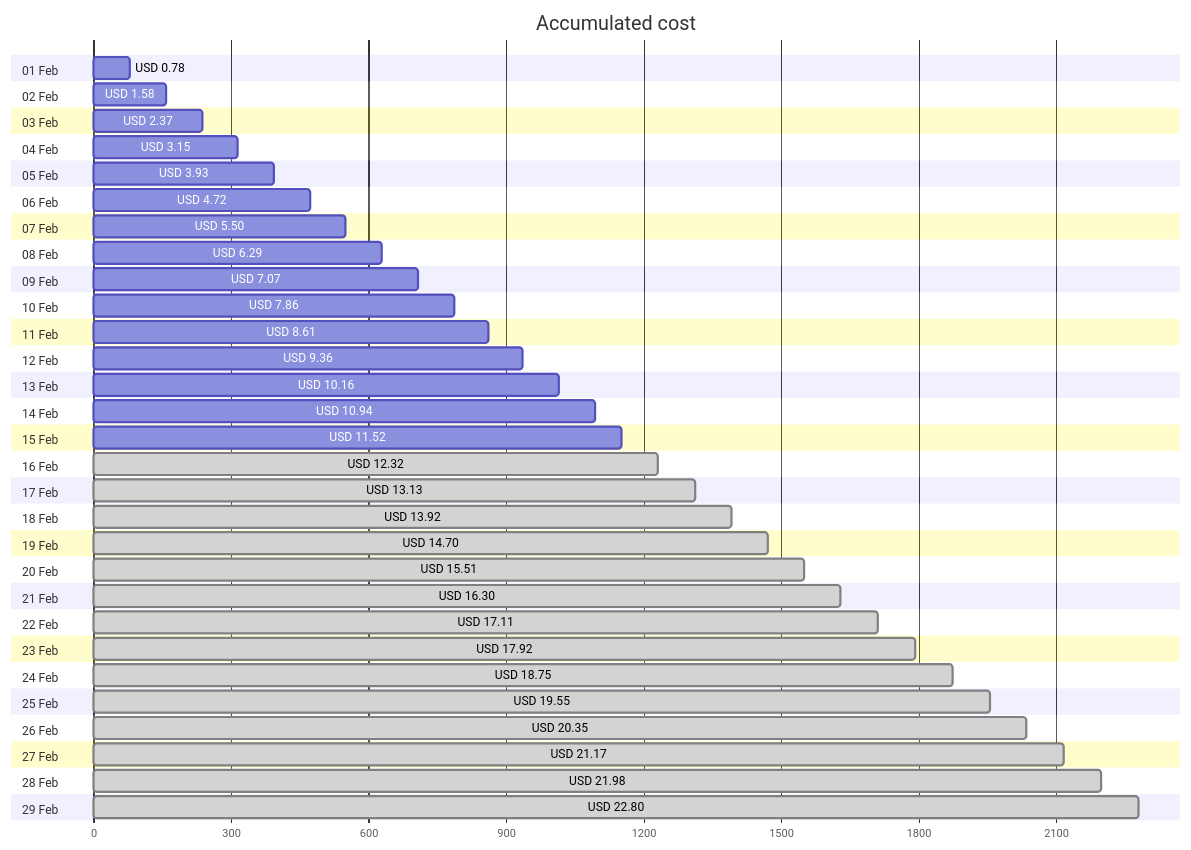
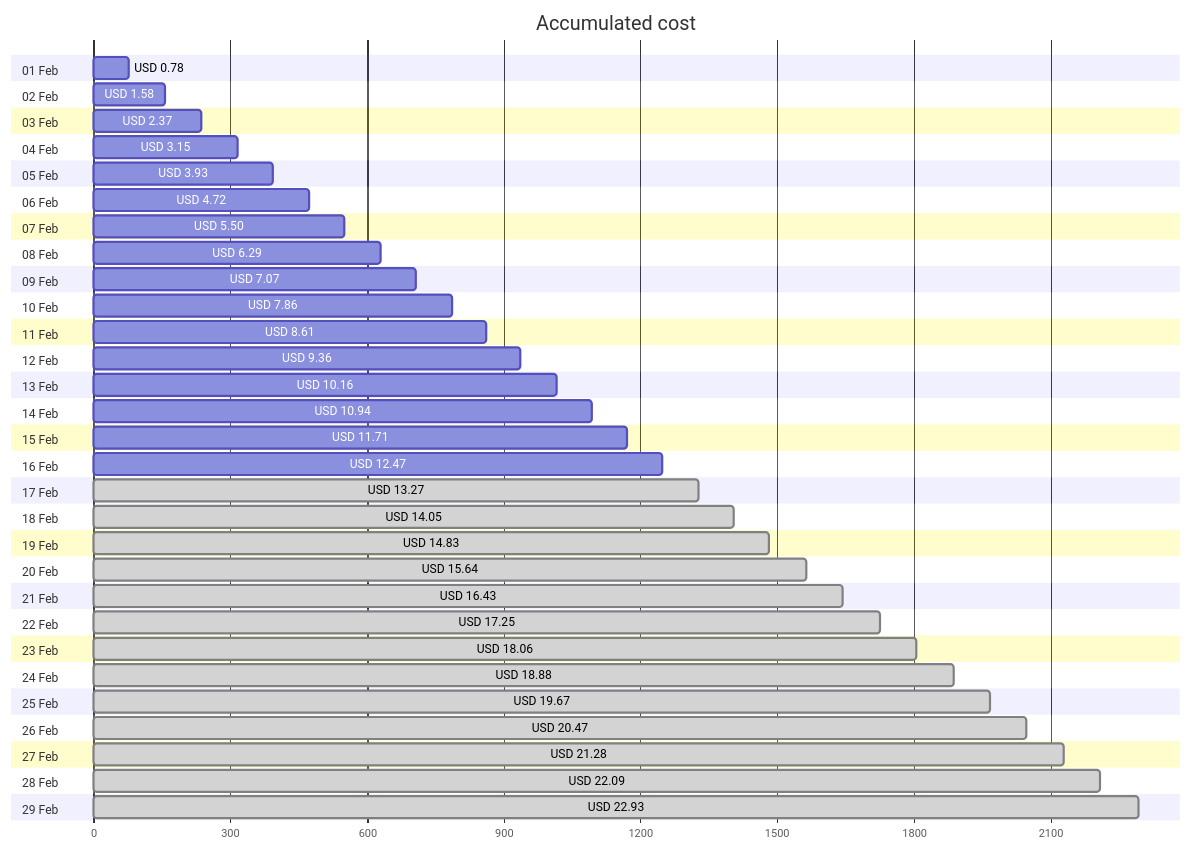
One commit to jpfulton/azure-personal-reports changed the first of 4 diagrams in cost-reports/personal-network/backup-server-data-disk.md. Above: the diagram before and after it, drawn with Mermaid. The commit also changed other lines of this file and 8 other files, not shown here.

````diff
--- a/cost-reports/personal-network/backup-server-data-disk.md
+++ b/cost-reports/personal-network/backup-server-data-disk.md
@@ -20,64 +20,64 @@
 ```mermaid
 gantt
    title Accumulated cost
    dateFormat  X
    axisFormat %s
    section 01 Feb
    USD 0.78 :0, 78
    section 02 Feb
    USD 1.58 :0, 158
    section 03 Feb
    USD 2.37 :0, 237
    section 04 Feb
    USD 3.15 :0, 315
    section 05 Feb
    USD 3.93 :0, 393
    section 06 Feb
    USD 4.72 :0, 472
    section 07 Feb
    USD 5.50 :0, 550
    section 08 Feb
    USD 6.29 :0, 629
    section 09 Feb
    USD 7.07 :0, 707
    section 10 Feb
    USD 7.86 :0, 786
    section 11 Feb
    USD 8.61 :0, 861
    section 12 Feb
    USD 9.36 :0, 936
    section 13 Feb
    USD 10.16 :0, 1016
    section 14 Feb
    USD 10.94 :0, 1094
    section 15 Feb
-   USD 11.52 :0, 1152
+   USD 11.71 :0, 1171
    section 16 Feb
-   USD 12.32 : done, 0, 1232
+   USD 12.47 :0, 1247
    section 17 Feb
-   USD 13.13 : done, 0, 1313
+   USD 13.27 : done, 0, 1327
    section 18 Feb
-   USD 13.92 : done, 0, 1392
+   USD 14.05 : done, 0, 1405
    section 19 Feb
-   USD 14.70 : done, 0, 1470
+   USD 14.83 : done, 0, 1483
    section 20 Feb
-   USD 15.51 : done, 0, 1551
+   USD 15.64 : done, 0, 1564
    section 21 Feb
-   USD 16.30 : done, 0, 1630
+   USD 16.43 : done, 0, 1643
    section 22 Feb
-   USD 17.11 : done, 0, 1711
+   USD 17.25 : done, 0, 1725
    section 23 Feb
-   USD 17.92 : done, 0, 1792
+   USD 18.06 : done, 0, 1806
    section 24 Feb
-   USD 18.75 : done, 0, 1875
+   USD 18.88 : done, 0, 1888
    section 25 Feb
-   USD 19.55 : done, 0, 1955
+   USD 19.67 : done, 0, 1967
    section 26 Feb
-   USD 20.35 : done, 0, 2035
+   USD 20.47 : done, 0, 2047
    section 27 Feb
-   USD 21.17 : done, 0, 2117
+   USD 21.28 : done, 0, 2128
    section 28 Feb
-   USD 21.98 : done, 0, 2198
+   USD 22.09 : done, 0, 2209
    section 29 Feb
-   USD 22.80 : done, 0, 2280
+   USD 22.93 : done, 0, 2293
 ```
````
